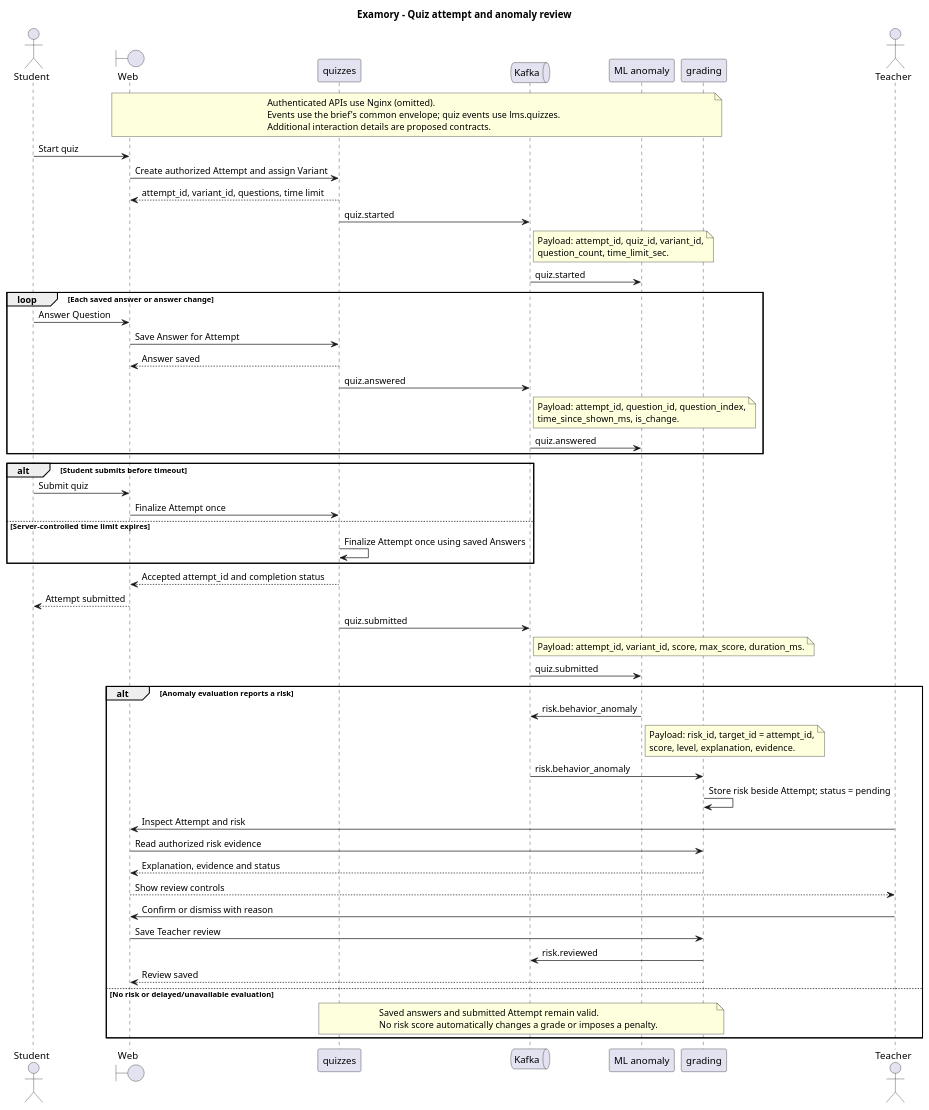
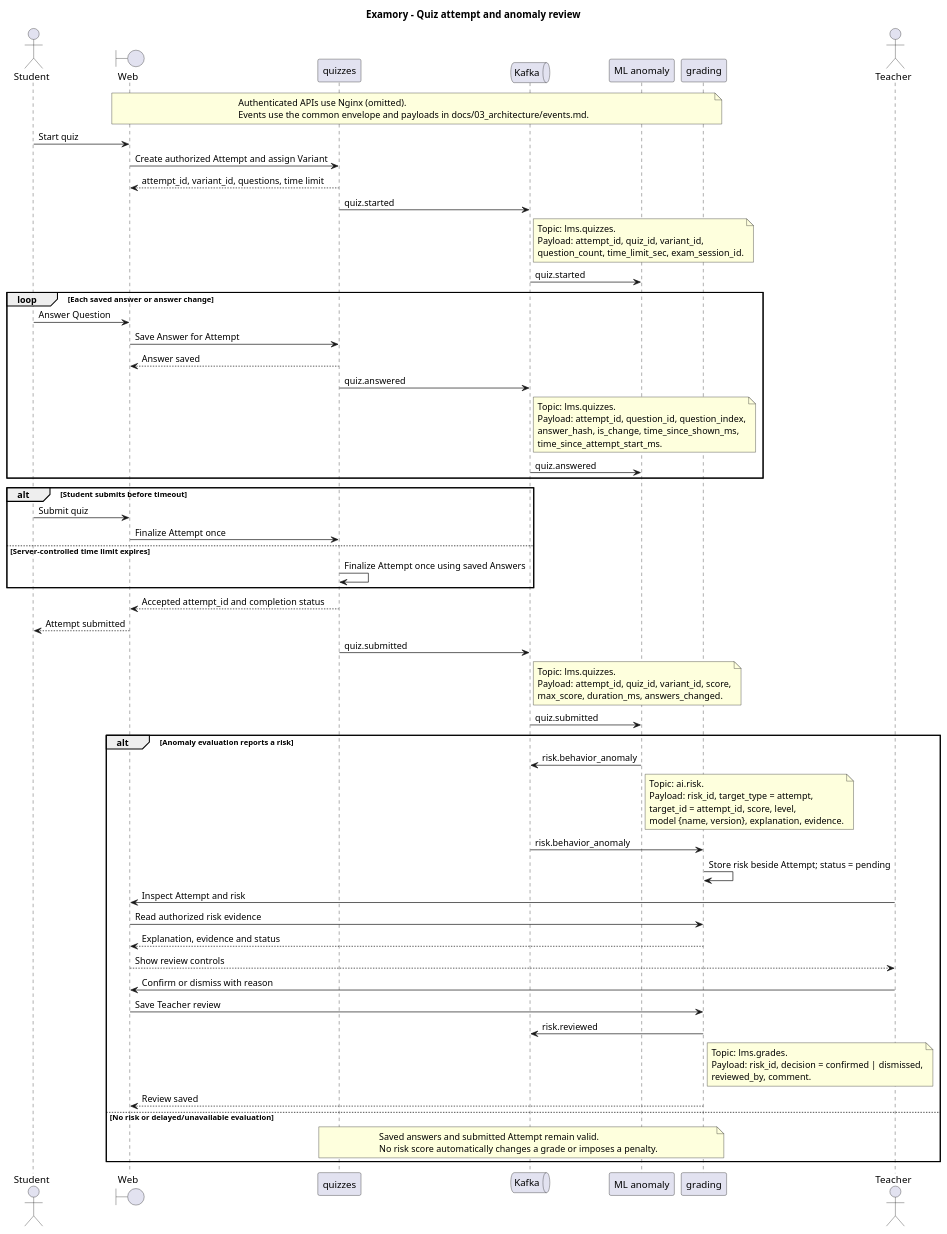
Before and after one commit to Newterios/Examory: the diagram in docs/04_uml/seq_quiz_anomaly.puml, drawn with PlantUML. The commit also changed 4 other files, not shown here.

```diff
--- a/docs/04_uml/seq_quiz_anomaly.puml
+++ b/docs/04_uml/seq_quiz_anomaly.puml
@@ -2,71 +2,82 @@
 @startuml
 title Examory - Quiz attempt and anomaly review
 actor Student
 boundary Web
 participant quizzes
 queue Kafka
 participant "ML anomaly" as Anomaly
 participant grading
 actor Teacher
 
 note over Web, grading
   Authenticated APIs use Nginx (omitted).
-  Events use the brief's common envelope; quiz events use lms.quizzes.
-  Additional interaction details are proposed contracts.
+  Events use the common envelope and payloads in docs/03_architecture/events.md.
 end note
 Student -> Web : Start quiz
 Web -> quizzes : Create authorized Attempt and assign Variant
 quizzes --> Web : attempt_id, variant_id, questions, time limit
 quizzes -> Kafka : quiz.started
 note right of Kafka
+  Topic: lms.quizzes.
   Payload: attempt_id, quiz_id, variant_id,
-  question_count, time_limit_sec.
+  question_count, time_limit_sec, exam_session_id.
 end note
 Kafka -> Anomaly : quiz.started
 loop Each saved answer or answer change
   Student -> Web : Answer Question
   Web -> quizzes : Save Answer for Attempt
   quizzes --> Web : Answer saved
   quizzes -> Kafka : quiz.answered
   note right of Kafka
+    Topic: lms.quizzes.
     Payload: attempt_id, question_id, question_index,
-    time_since_shown_ms, is_change.
+    answer_hash, is_change, time_since_shown_ms,
+    time_since_attempt_start_ms.
   end note
   Kafka -> Anomaly : quiz.answered
 end
 alt Student submits before timeout
   Student -> Web : Submit quiz
   Web -> quizzes : Finalize Attempt once
 else Server-controlled time limit expires
   quizzes -> quizzes : Finalize Attempt once using saved Answers
 end
 quizzes --> Web : Accepted attempt_id and completion status
 Web --> Student : Attempt submitted
 quizzes -> Kafka : quiz.submitted
 note right of Kafka
-  Payload: attempt_id, variant_id, score, max_score, duration_ms.
+  Topic: lms.quizzes.
+  Payload: attempt_id, quiz_id, variant_id, score,
+  max_score, duration_ms, answers_changed.
 end note
 Kafka -> Anomaly : quiz.submitted
 alt Anomaly evaluation reports a risk
   Anomaly -> Kafka : risk.behavior_anomaly
   note right of Anomaly
-    Payload: risk_id, target_id = attempt_id,
-    score, level, explanation, evidence.
+    Topic: ai.risk.
+    Payload: risk_id, target_type = attempt,
+    target_id = attempt_id, score, level,
+    model {name, version}, explanation, evidence.
   end note
   Kafka -> grading : risk.behavior_anomaly
   grading -> grading : Store risk beside Attempt; status = pending
   Teacher -> Web : Inspect Attempt and risk
   Web -> grading : Read authorized risk evidence
   grading --> Web : Explanation, evidence and status
   Web --> Teacher : Show review controls
   Teacher -> Web : Confirm or dismiss with reason
   Web -> grading : Save Teacher review
   grading -> Kafka : risk.reviewed
+  note right of grading
+    Topic: lms.grades.
+    Payload: risk_id, decision = confirmed | dismissed,
+    reviewed_by, comment.
+  end note
   grading --> Web : Review saved
 else No risk or delayed/unavailable evaluation
   note over quizzes, grading
     Saved answers and submitted Attempt remain valid.
     No risk score automatically changes a grade or imposes a penalty.
   end note
 end
 @enduml
```
